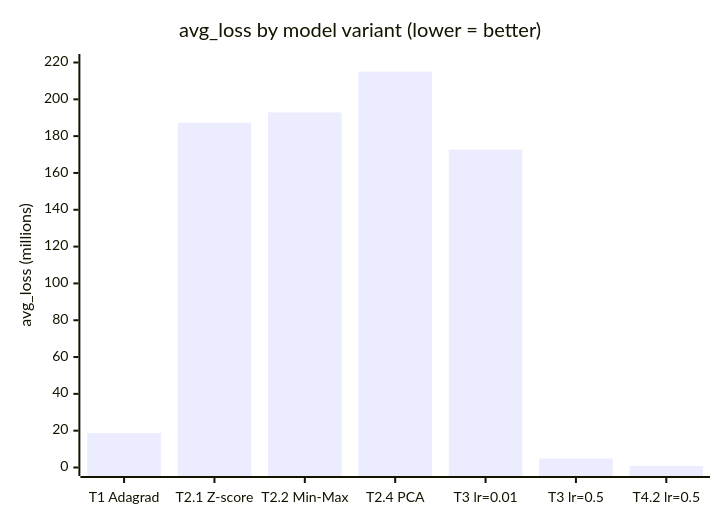
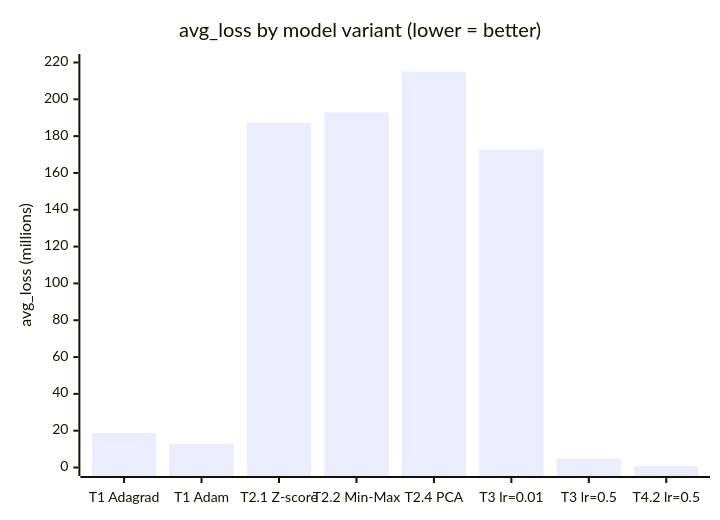
Before and after one commit to lfariabr/masters-swe-ai: the second of 3 diagrams in 2026-T1/ISY/assignments/Assessment2/ReportDraft.md, drawn with Mermaid. The commit also changed other lines of this file and 2 other files, not shown here.

````diff
--- a/2026-T1/ISY/assignments/Assessment2/ReportDraft.md
+++ b/2026-T1/ISY/assignments/Assessment2/ReportDraft.md
@@ -52,7 +52,7 @@
 ```mermaid
 xychart-beta
     title "avg_loss by model variant (lower = better)"
-    x-axis ["T1 Adagrad", "T2.1 Z-score", "T2.2 Min-Max", "T2.4 PCA", "T3 lr=0.01", "T3 lr=0.5", "T4.2 lr=0.5"]
+    x-axis ["T1 Adagrad", "T1 Adam", "T2.1 Z-score", "T2.2 Min-Max", "T2.4 PCA", "T3 lr=0.01", "T3 lr=0.5", "T4.2 lr=0.5"]
     y-axis "avg_loss (millions)" 0 --> 220
-    bar [18.7, 187.3, 192.9, 215.1, 172.7, 4.9, 0.836]
+    bar [18.7, 12.7, 187.3, 192.9, 215.1, 172.7, 4.9, 0.836]
 ```
````
